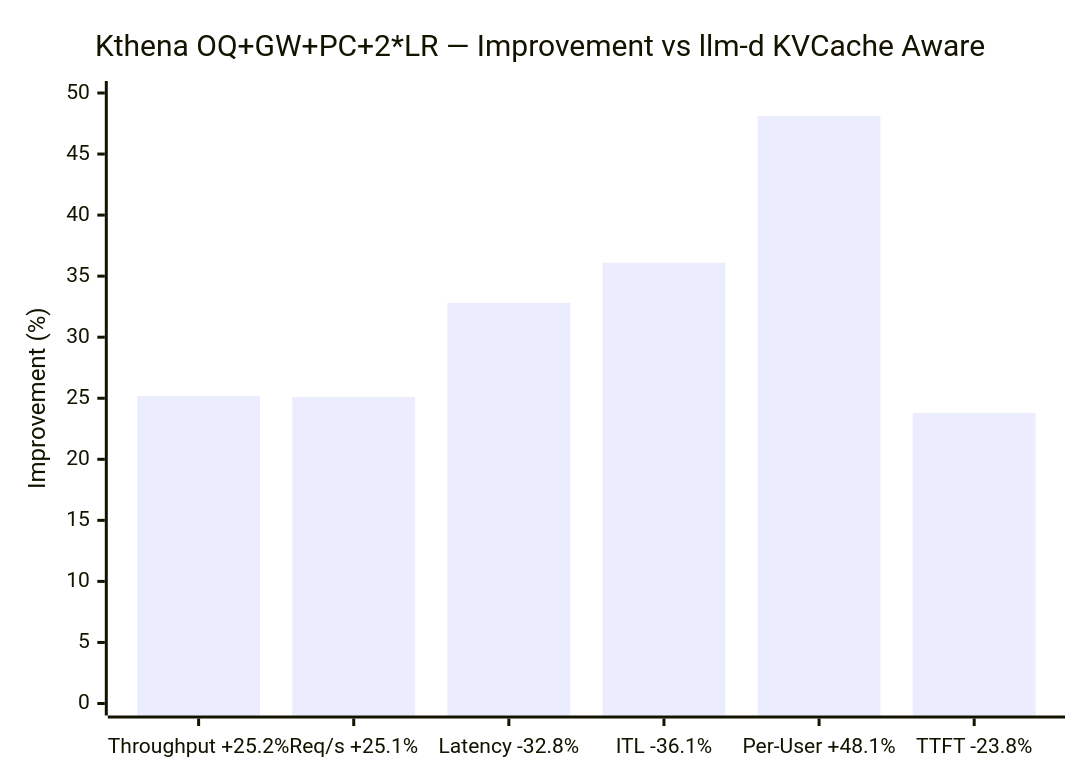
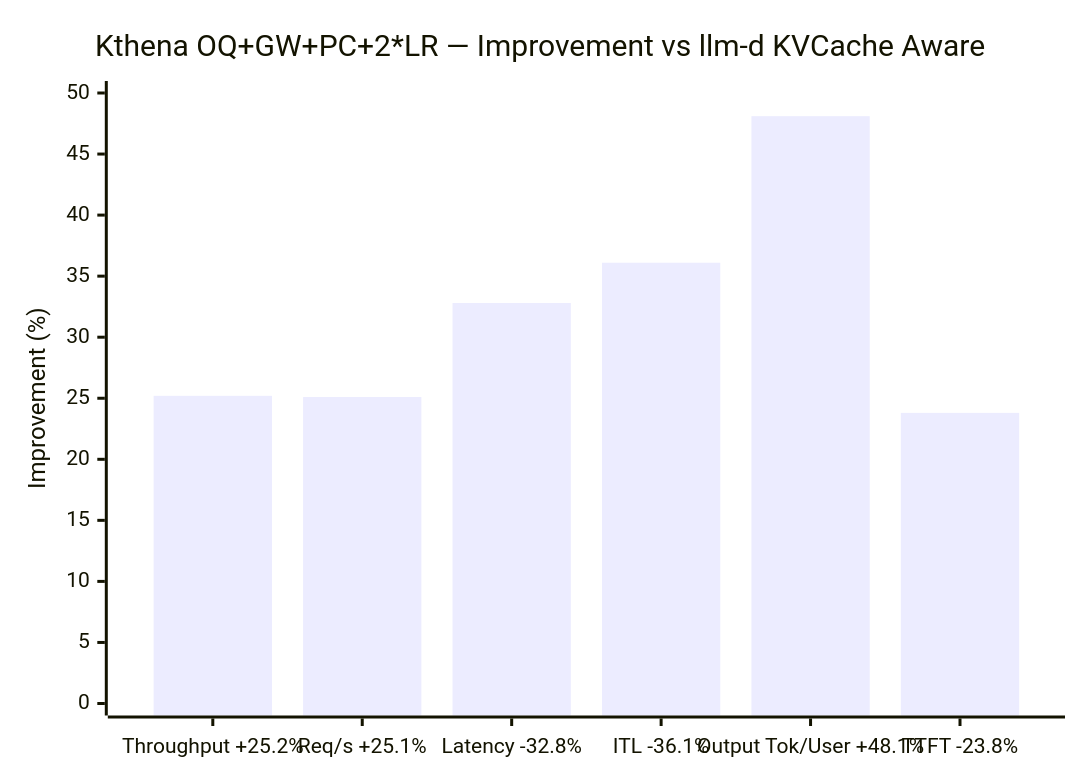
Before and after one commit to YaoZengzeng/kthena: the eighth of 9 diagrams in benchmark-report-concurrency-40.md, drawn with Mermaid. The commit also changed other lines of this file, not shown here.

````diff
--- a/benchmark-report-concurrency-40.md
+++ b/benchmark-report-concurrency-40.md
@@ -158,7 +158,7 @@
 ```mermaid
 xychart-beta
     title "Kthena OQ+GW+PC+2*LR — Improvement vs llm-d KVCache Aware"
-    x-axis ["Throughput +25.2%", "Req/s +25.1%", "Latency -32.8%", "ITL -36.1%", "Per-User +48.1%", "TTFT -23.8%"]
+    x-axis ["Throughput +25.2%", "Req/s +25.1%", "Latency -32.8%", "ITL -36.1%", "Output Tok/User +48.1%", "TTFT -23.8%"]
     y-axis "Improvement (%)" 0 --> 50
     bar [25.2, 25.1, 32.8, 36.1, 48.1, 23.8]
 ```
````
